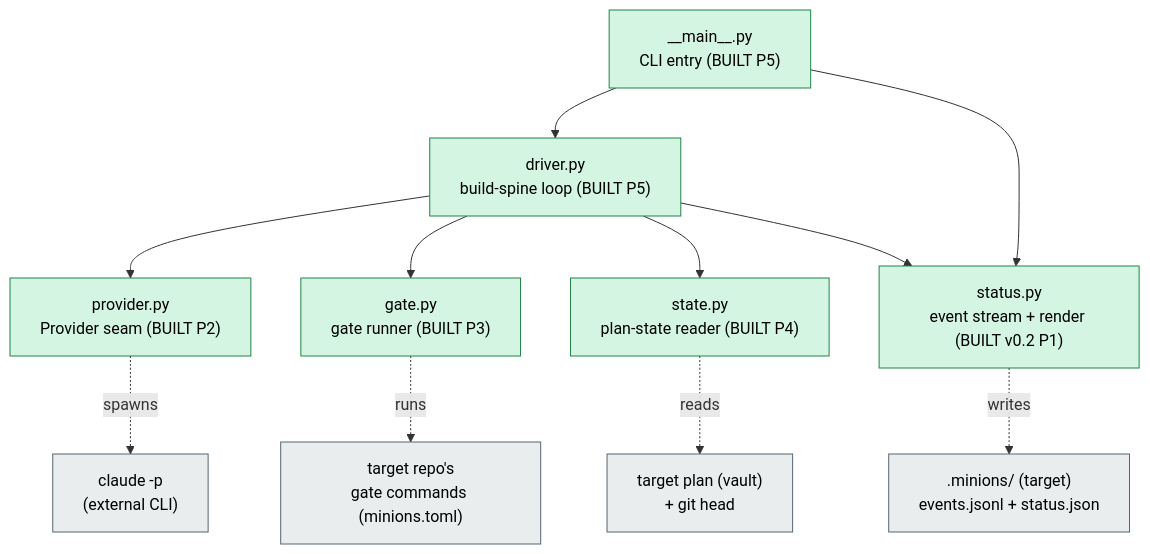
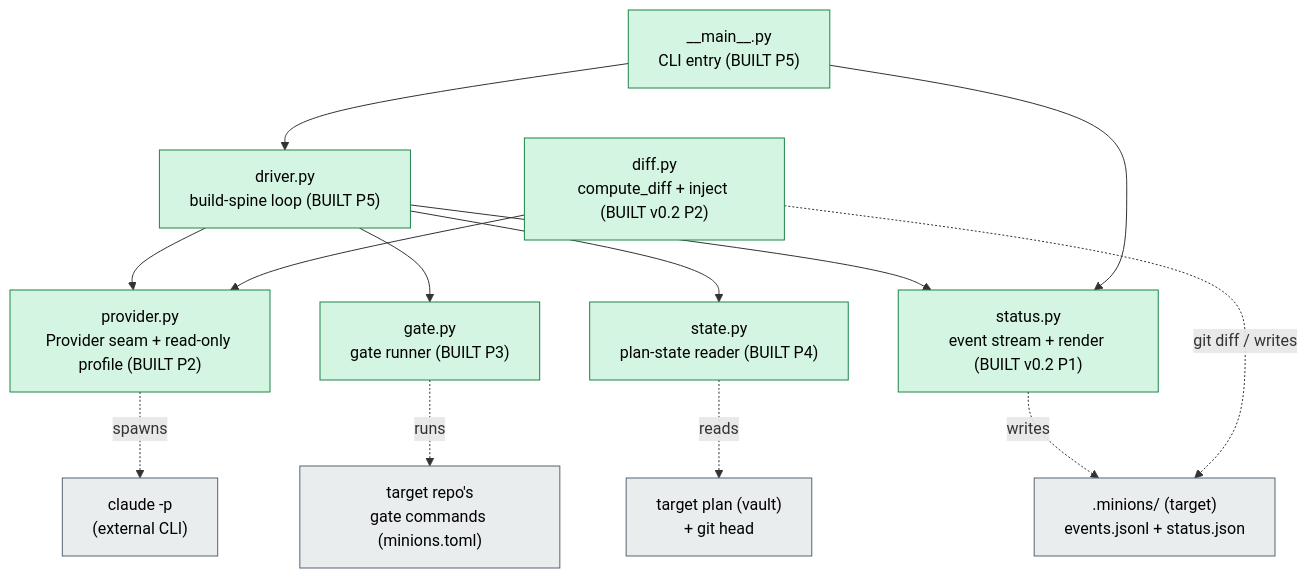
Before and after one commit to alxb1t/minionsfactory: the diagram in docs/architecture.md, drawn with Mermaid. The commit also changed other lines of this file and 7 other files, not shown here.

First line of the commit message:
feat: add diff supply and the read-only role profile

````diff
--- a/docs/architecture.md
+++ b/docs/architecture.md
@@ -55,25 +56,28 @@
 ```mermaid
 graph TD
     main["__main__.py<br/>CLI entry (BUILT P5)"]:::built
     driver["driver.py<br/>build-spine loop (BUILT P5)"]:::built
     state["state.py<br/>plan-state reader (BUILT P4)"]:::built
     gate["gate.py<br/>gate runner (BUILT P3)"]:::built
-    provider["provider.py<br/>Provider seam (BUILT P2)"]:::built
+    provider["provider.py<br/>Provider seam + read-only profile (BUILT P2)"]:::built
     status["status.py<br/>event stream + render (BUILT v0.2 P1)"]:::built
+    diff["diff.py<br/>compute_diff + inject (BUILT v0.2 P2)"]:::built
 
     main --> driver
     driver --> provider
     driver --> gate
     driver --> state
     driver --> status
     main --> status
+    diff --> provider
 
     provider -. spawns .-> claude["claude -p<br/>(external CLI)"]:::external
     gate -. runs .-> targetgate["target repo's<br/>gate commands (minions.toml)"]:::external
     state -. reads .-> disk["target plan (vault)<br/>+ git head"]:::external
     status -. writes .-> minions[".minions/ (target)<br/>events.jsonl + status.json"]:::external
+    diff -. git diff / writes .-> minions
 
     classDef built fill:#d5f5e3,stroke:#1e8449,color:#000;
     classDef planned fill:#fdebd0,stroke:#b9770e,color:#000,stroke-dasharray: 4 3;
     classDef external fill:#eaeded,stroke:#566573,color:#000;
 ```
````
